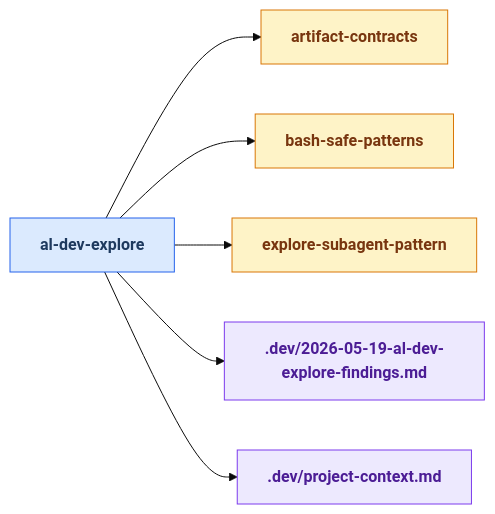
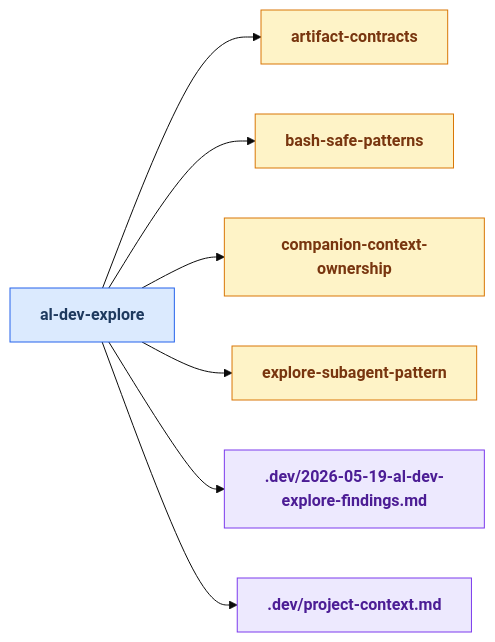
Before and after one commit to russell-laing/al-dev-shared: diagram 16 of 25 in docs/al-dev-skills-map.md, drawn with Mermaid (base theme). The commit also changed other lines of this file and 3 other files, not shown here.

````diff
--- a/docs/al-dev-skills-map.md
+++ b/docs/al-dev-skills-map.md
@@ -812,28 +827,31 @@
 ```mermaid
 flowchart LR
     classDef skillNode fill:#dbeafe,stroke:#2563eb,color:#1e3a5f,font-weight:bold
     classDef agentNode fill:#d1fae5,stroke:#059669,color:#064e3b,font-weight:bold
     classDef knowledgeNode fill:#fef3c7,stroke:#d97706,color:#78350f,font-weight:bold
     classDef artifactNode fill:#ede9fe,stroke:#7c3aed,color:#4c1d95,font-weight:bold
     classDef phaseNode fill:#e0e7ff,stroke:#6366f1,color:#312e81,font-weight:bold
 
     skill_al_dev_explore[al-dev-explore]
     knowledge_artifact_contracts_md[artifact-contracts]
     knowledge_bash_safe_patterns_md[bash-safe-patterns]
+    knowledge_companion_context_ownership_md[companion-context-ownership]
     knowledge_explore_subagent_pattern_md[explore-subagent-pattern]
     artifact_2026_05_19_al_dev_explore_findings_md[.dev/2026-05-19-al-dev-explore-findings.md]
     artifact_project_context_md[.dev/project-context.md]
 
     skill_al_dev_explore --> knowledge_artifact_contracts_md
     skill_al_dev_explore --> knowledge_bash_safe_patterns_md
+    skill_al_dev_explore --> knowledge_companion_context_ownership_md
     skill_al_dev_explore --> knowledge_explore_subagent_pattern_md
     skill_al_dev_explore --> artifact_2026_05_19_al_dev_explore_findings_md
     skill_al_dev_explore --> artifact_project_context_md
 
     class skill_al_dev_explore skillNode
     class knowledge_artifact_contracts_md knowledgeNode
     class knowledge_bash_safe_patterns_md knowledgeNode
+    class knowledge_companion_context_ownership_md knowledgeNode
     class knowledge_explore_subagent_pattern_md knowledgeNode
     class artifact_2026_05_19_al_dev_explore_findings_md artifactNode
     class artifact_project_context_md artifactNode
 ```
````
